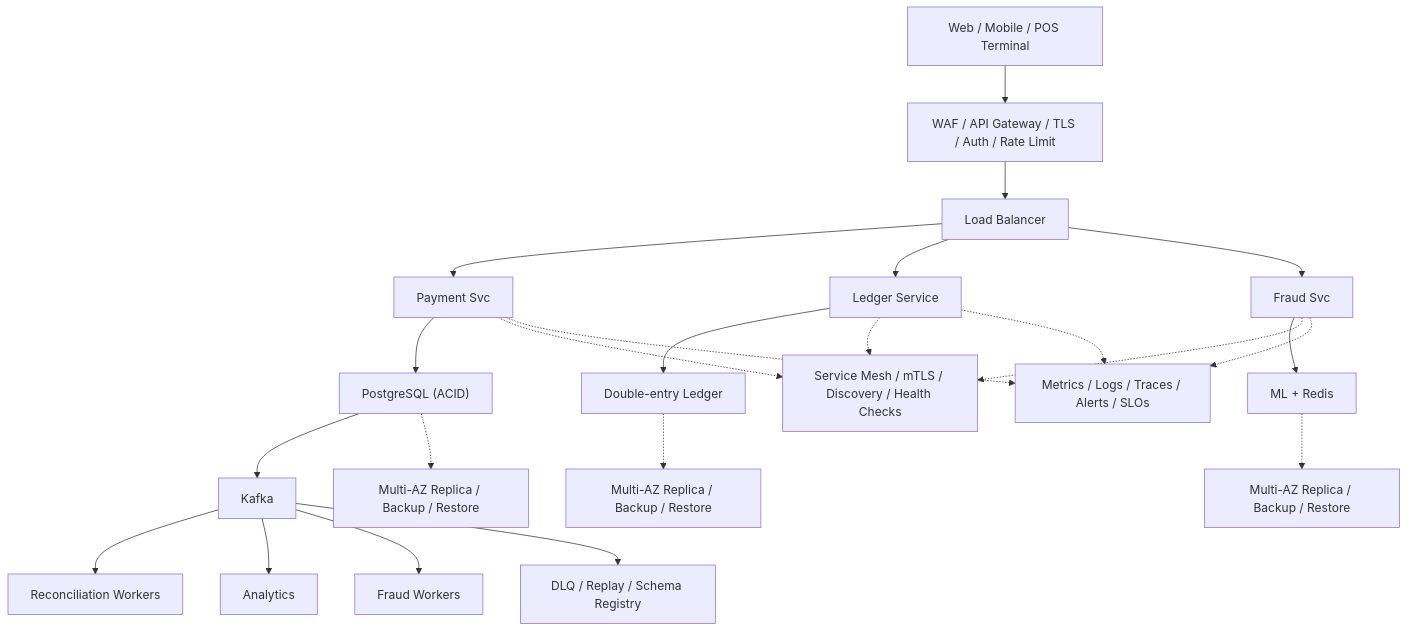
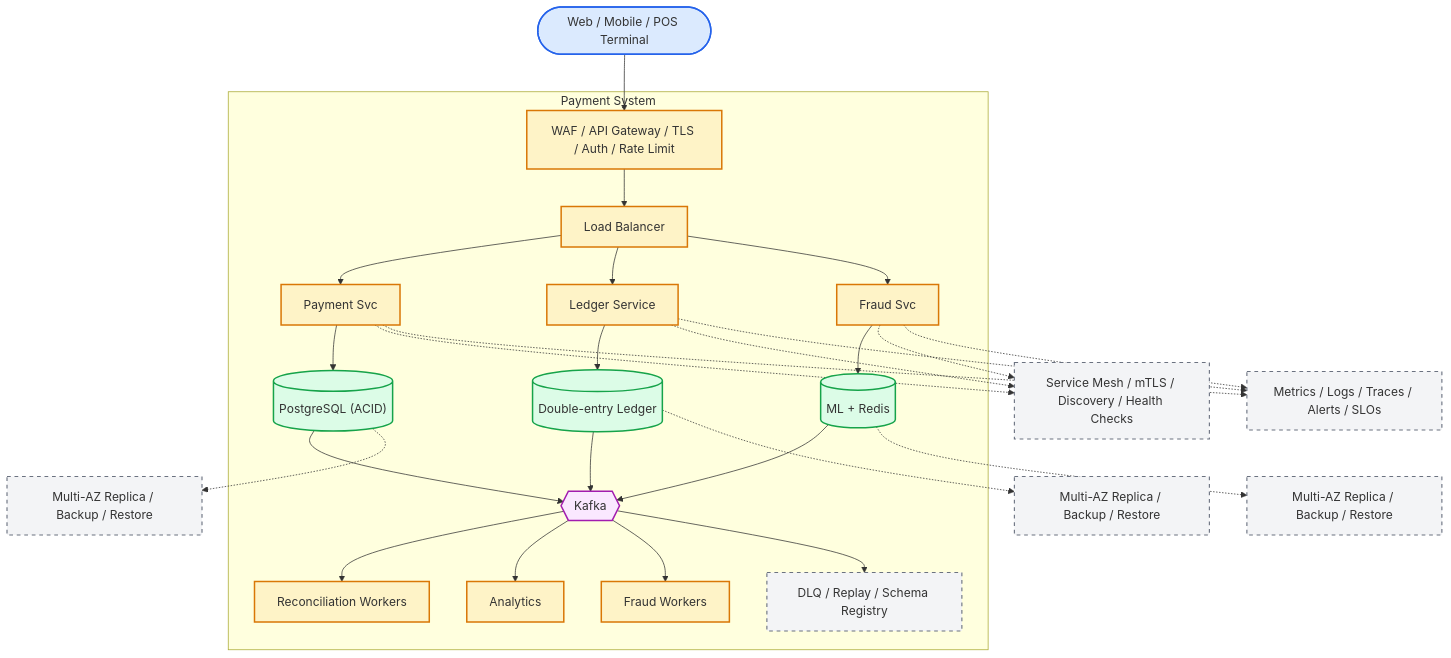
The diagram in system-design-payment-system.md (aishwary11/system-design), drawn with Mermaid before and after one commit. The commit also changed other lines of this file and 36 other files, not shown here.

First line of the commit message:
Standardize all diagrams on C4-style Mermaid template

````diff
--- a/system-design-payment-system.md
+++ b/system-design-payment-system.md
@@ -44,25 +44,65 @@
 ```mermaid
 flowchart TB
-    clients["Web / Mobile / POS Terminal"] --> edge["WAF / API Gateway / TLS / Auth / Rate Limit"]
-    edge --> lb["Load Balancer"]
-    lb --> svc0["Payment Svc"]
-    lb --> svc1["Ledger Service"]
-    lb --> svc2["Fraud Svc"]
-    svc0 --> store0["PostgreSQL (ACID)"]
-    svc1 --> store1["Double-entry Ledger"]
-    svc2 --> store2["ML + Redis"]
-    store0 --> stream["Kafka"]
-    stream --> worker0["Reconciliation Workers"]
-    stream --> worker1["Analytics"]
-    stream --> worker2["Fraud Workers"]
-    svc0 -.-> platform["Service Mesh / mTLS / Discovery / Health Checks"]
-    svc1 -.-> platform
-    svc2 -.-> platform
-    store0 -.-> backup0["Multi-AZ Replica / Backup / Restore"]
-    store1 -.-> backup1["Multi-AZ Replica / Backup / Restore"]
-    store2 -.-> backup2["Multi-AZ Replica / Backup / Restore"]
-    stream --> dlq["DLQ / Replay / Schema Registry"]
-    svc0 -.-> ops["Metrics / Logs / Traces / Alerts / SLOs"]
+    %% Actors (people)
+    clients(["Web / Mobile / POS Terminal"])
+
+    %% System boundary - containers owned by the platform
+    subgraph platform["Payment System"]
+        edge["WAF / API Gateway / TLS / Auth / Rate Limit"]
+        lb["Load Balancer"]
+        svc0["Payment Svc"]
+        svc1["Ledger Service"]
+        svc2["Fraud Svc"]
+        store0[("PostgreSQL (ACID)")]
+        store1[("Double-entry Ledger")]
+        store2[("ML + Redis")]
+        stream{{"Kafka"}}
+        worker0["Reconciliation Workers"]
+        worker1["Analytics"]
+        worker2["Fraud Workers"]
+        dlq["DLQ / Replay / Schema Registry"]
+    end
+
+    %% Cross-cutting control plane (dashed edges)
+    mesh["Service Mesh / mTLS / Discovery / Health Checks"]
+    ops["Metrics / Logs / Traces / Alerts / SLOs"]
+    backup0["Multi-AZ Replica / Backup / Restore"]
+    backup1["Multi-AZ Replica / Backup / Restore"]
+    backup2["Multi-AZ Replica / Backup / Restore"]
+
+    clients --> edge
+    edge --> lb
+    lb --> svc0
+    lb --> svc1
+    lb --> svc2
+    svc0 --> store0
+    svc1 --> store1
+    svc2 --> store2
+    store0 --> stream
+    store1 --> stream
+    store2 --> stream
+    stream --> worker0
+    stream --> worker1
+    stream --> worker2
+    stream --> dlq
+    svc0 -.-> mesh
+    svc1 -.-> mesh
+    svc2 -.-> mesh
+    svc0 -.-> ops
     svc1 -.-> ops
     svc2 -.-> ops
+    store0 -.-> backup0
+    store1 -.-> backup1
+    store2 -.-> backup2
+
+    classDef actor fill:#dbeafe,stroke:#2563eb,stroke-width:2px
+    classDef service fill:#fef3c7,stroke:#d97706,stroke-width:2px
+    classDef store fill:#dcfce7,stroke:#16a34a,stroke-width:2px
+    classDef broker fill:#fae8ff,stroke:#a21caf,stroke-width:2px
+    classDef control fill:#f3f4f6,stroke:#6b7280,stroke-width:1.5px,stroke-dasharray:5 5
+    class clients actor
+    class edge,lb,svc0,svc1,svc2,worker0,worker1,worker2 service
+    class store0,store1,store2 store
+    class stream broker
+    class dlq,mesh,ops,backup0,backup1,backup2 control
 ```
````
